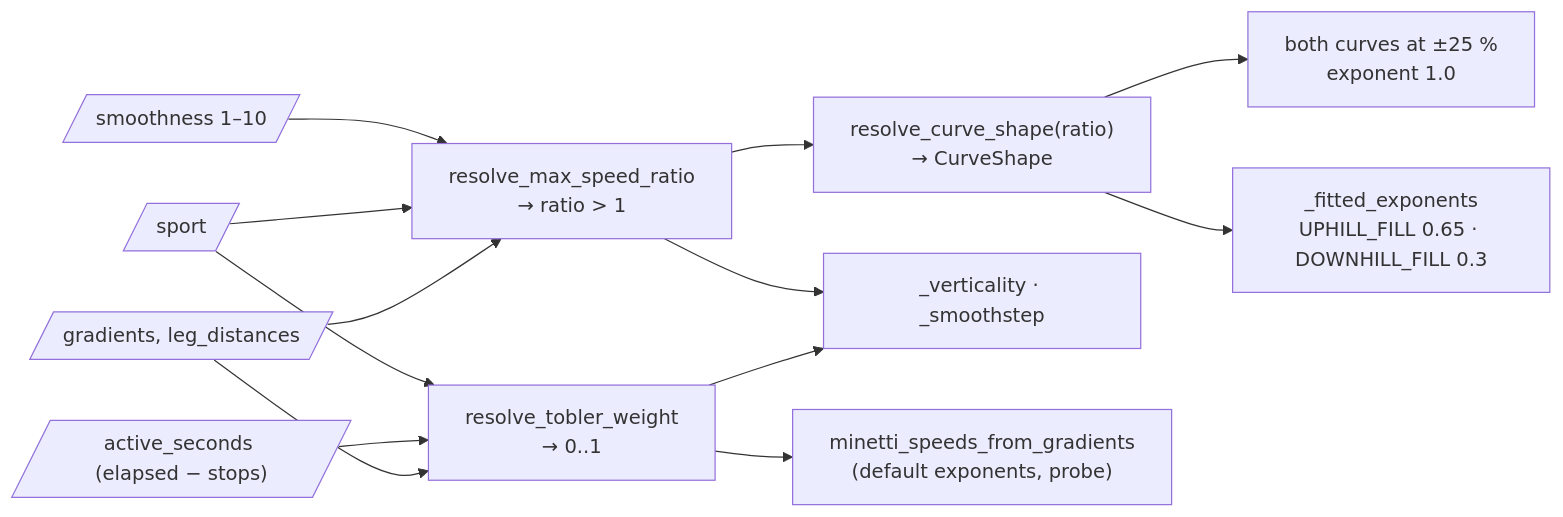
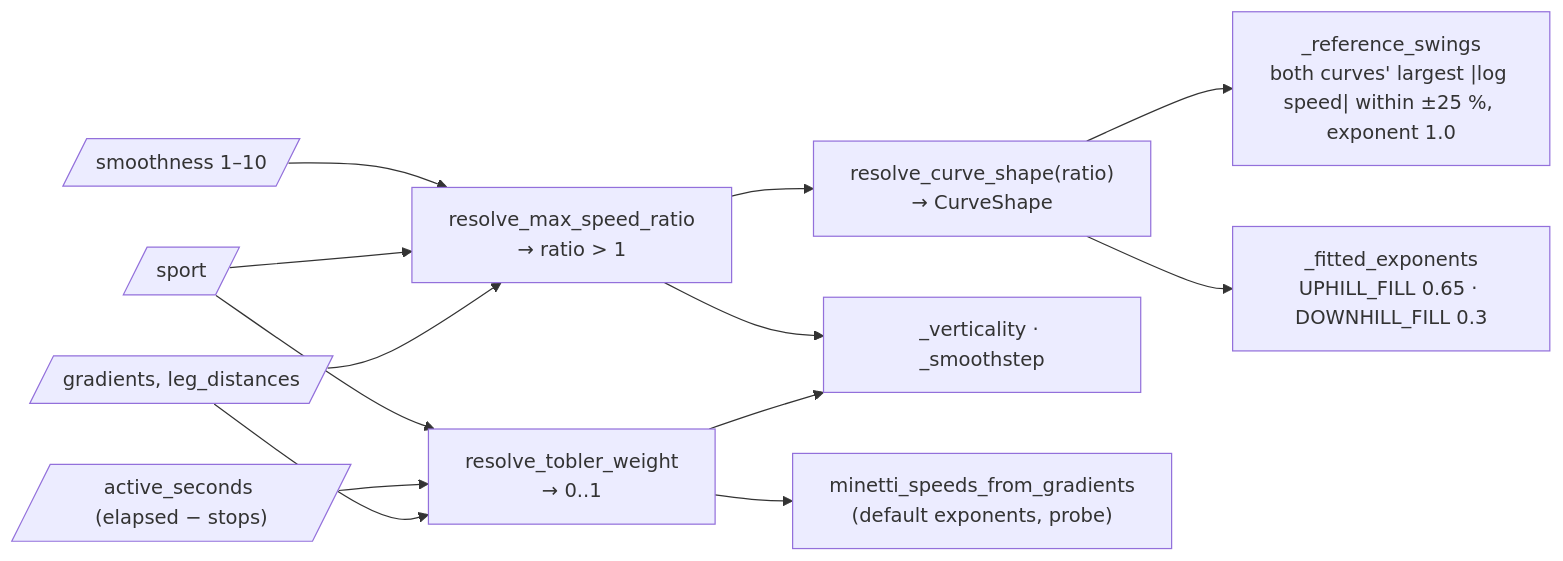
One commit to martin-iflap/GPX_to_FIT changed the seventh of 14 diagrams in docs/ARCHITECTURE.md. Above: the diagram before and after it, drawn with Mermaid. The commit also changed other lines of this file and 5 other files, not shown here.

Commit message:
reference swings and minetti_downhill_cost_slope tuned (additional cost per unit of slope)

````diff
--- a/docs/ARCHITECTURE.md
+++ b/docs/ARCHITECTURE.md
@@ -358,25 +361,25 @@
 ```mermaid
 flowchart LR
   g[/"gradients, leg_distances"/]
   a[/"active_seconds (elapsed − stops)"/]
   s[/"sport"/]
   sm[/"smoothness 1–10"/]
 
   rtw["resolve_tobler_weight<br/>→ 0..1"]
   rmr["resolve_max_speed_ratio<br/>→ ratio > 1"]
   rcs["resolve_curve_shape(ratio)<br/>→ CurveShape"]
 
   g --> rtw
   a --> rtw
   s --> rtw
   g --> rmr
   s --> rmr
   sm --> rmr
   rmr --> rcs
 
   rtw --> v["_verticality · _smoothstep"]
   rtw --> probe["minetti_speeds_from_gradients<br/>(default exponents, probe)"]
   rmr --> v
-  rcs --> raw["both curves at ±25 %<br/>exponent 1.0"]
+  rcs --> raw["_reference_swings<br/>both curves' largest |log speed| within ±25 %, exponent 1.0"]
   rcs --> fe["_fitted_exponents<br/>UPHILL_FILL 0.65 · DOWNHILL_FILL 0.3"]
 ```
````
